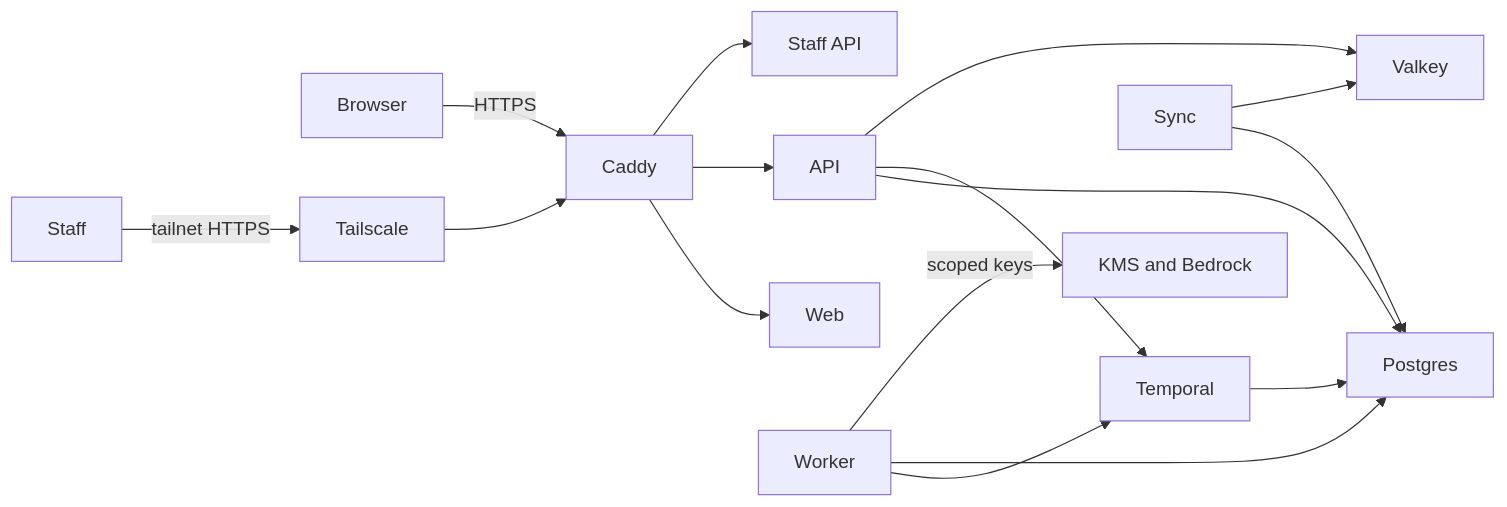
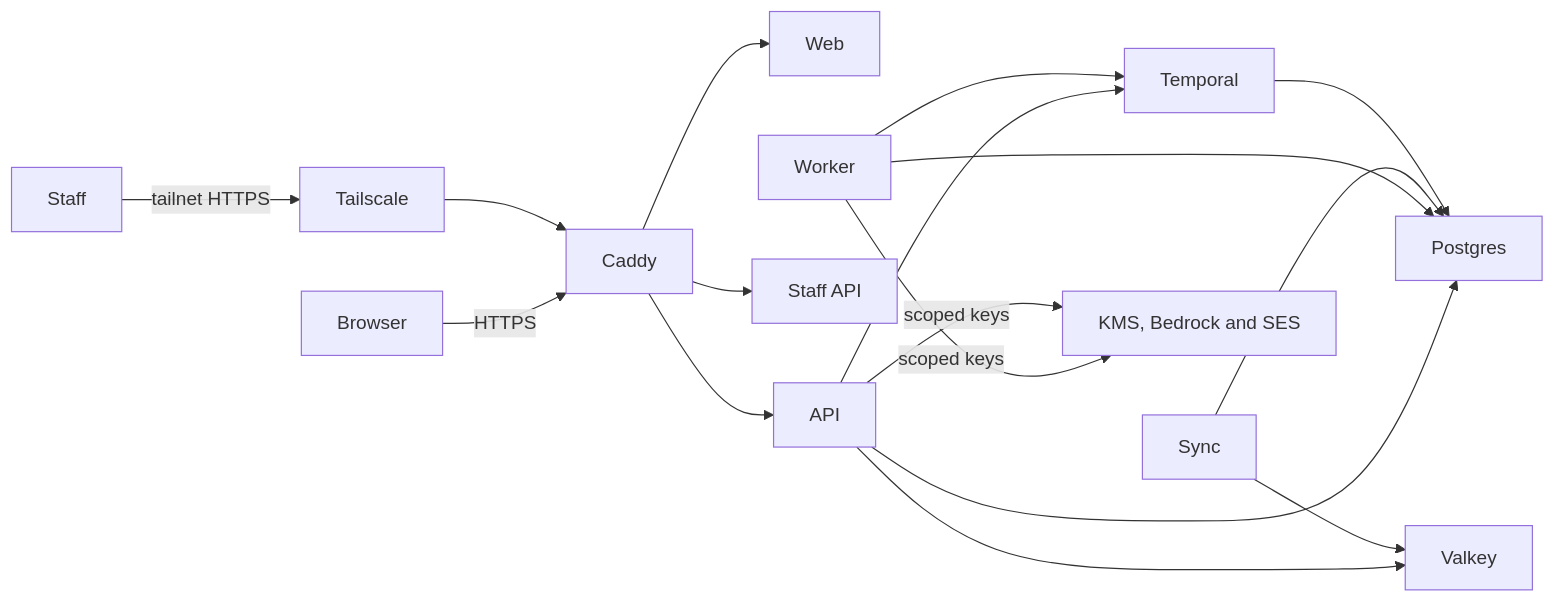
The first of 3 diagrams in docs/deployment.md (joschiservice/Luma), drawn with Mermaid before and after one commit. The commit also changed other lines of this file and 91 other files, not shown here.

````diff
--- a/docs/deployment.md
+++ b/docs/deployment.md
@@ -8,18 +9,19 @@
 ```mermaid
 flowchart LR
   Browser -->|HTTPS| Caddy
   Staff -->|tailnet HTTPS| Tailscale
   Tailscale --> Caddy
   Caddy --> Web
   Caddy --> API
   Caddy --> StaffAPI[Staff API]
   API --> Postgres
   API --> Temporal
   Worker --> Temporal
   Worker --> Postgres
   Sync --> Postgres
   Temporal --> Postgres
   API --> Valkey
   Sync --> Valkey
-  Worker -->|scoped keys| AWS[KMS and Bedrock]
+  Worker -->|scoped keys| AWS[KMS, Bedrock and SES]
+  API -->|scoped keys| AWS
 ```
````
